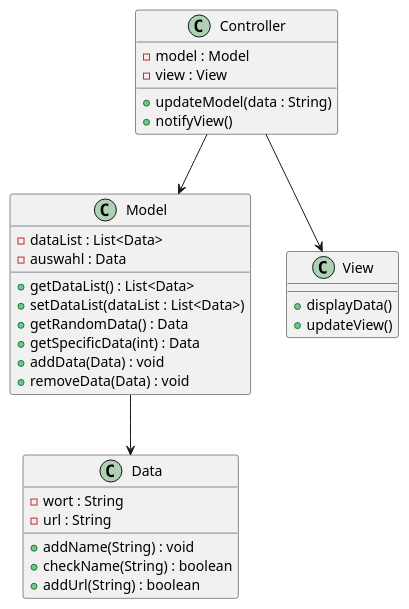
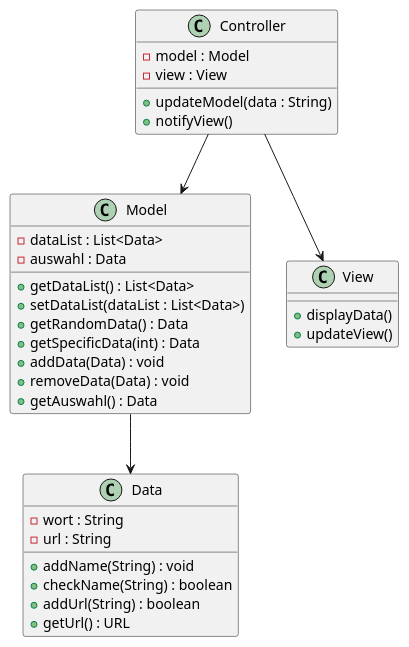
The diagram in worttrainer-reloaded.puml (TGM-HIT/sew9-2425-worttrainer-kbau3r), drawn with PlantUML before and after one commit. The commit also changed 2 other files, not shown here.

```diff
--- a/worttrainer-reloaded.puml
+++ b/worttrainer-reloaded.puml
@@ -1,39 +1,41 @@
 @startuml
 'title: Worttrainer Reloaded - kbauer'
 
 class Model {
   -dataList : List<Data>
   -auswahl : Data
   +getDataList() : List<Data>
   +setDataList(dataList : List<Data>)
   +getRandomData() : Data
   +getSpecificData(int) : Data
   +addData(Data) : void
   +removeData(Data) : void
+  +getAuswahl() : Data
 }
 
 class Data {
   -wort : String
   -url : String
   +addName(String) : void
   +checkName(String) : boolean
   +addUrl(String) : boolean
+  +getUrl() : URL
 }
 
 class View {
   +displayData()
   +updateView()
 }
 
 class Controller {
   -model : Model
   -view : View
   +updateModel(data : String)
   +notifyView()
 }
 
 Controller --> Model
 Controller --> View
 Model --> Data
 
 @enduml
```
